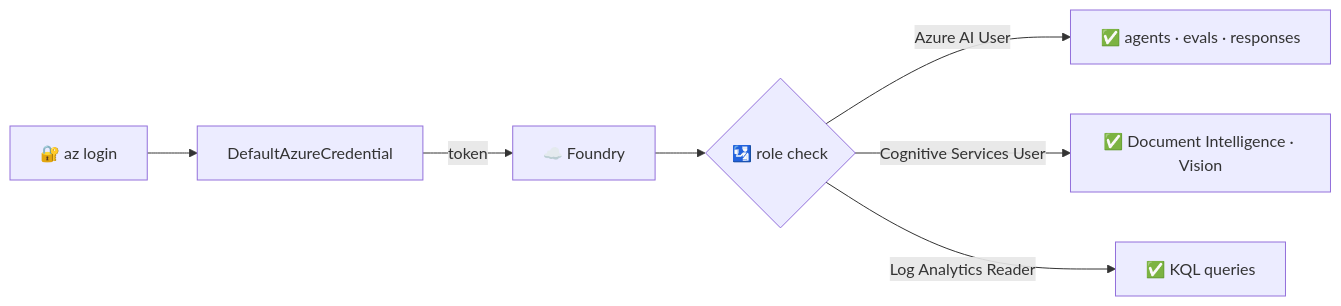
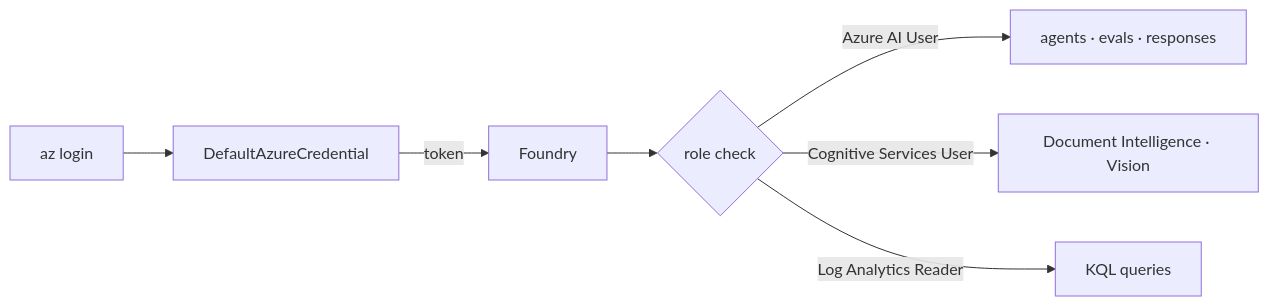
Before and after one commit to nampacx/MS-Foundry-from-0-to-hero: the second of 2 diagrams in docs/concepts.md, drawn with Mermaid. The commit also changed other lines of this file and 37 other files, not shown here.

````diff
--- a/docs/concepts.md
+++ b/docs/concepts.md
@@ -105,9 +105,9 @@
 ```mermaid
 flowchart LR
-  L[🔐 az login] --> C[DefaultAzureCredential]
-  C -->|token| F[☁️ Foundry]
-  F --> R{🛂 role check}
-  R -->|Azure AI User| OK1[✅ agents · evals · responses]
-  R -->|Cognitive Services User| OK2[✅ Document Intelligence · Vision]
-  R -->|Log Analytics Reader| OK3[✅ KQL queries]
+  L[az login] --> C[DefaultAzureCredential]
+  C -->|token| F[Foundry]
+  F --> R{role check}
+  R -->|Azure AI User| OK1[agents · evals · responses]
+  R -->|Cognitive Services User| OK2[Document Intelligence · Vision]
+  R -->|Log Analytics Reader| OK3[KQL queries]
 ```
````
